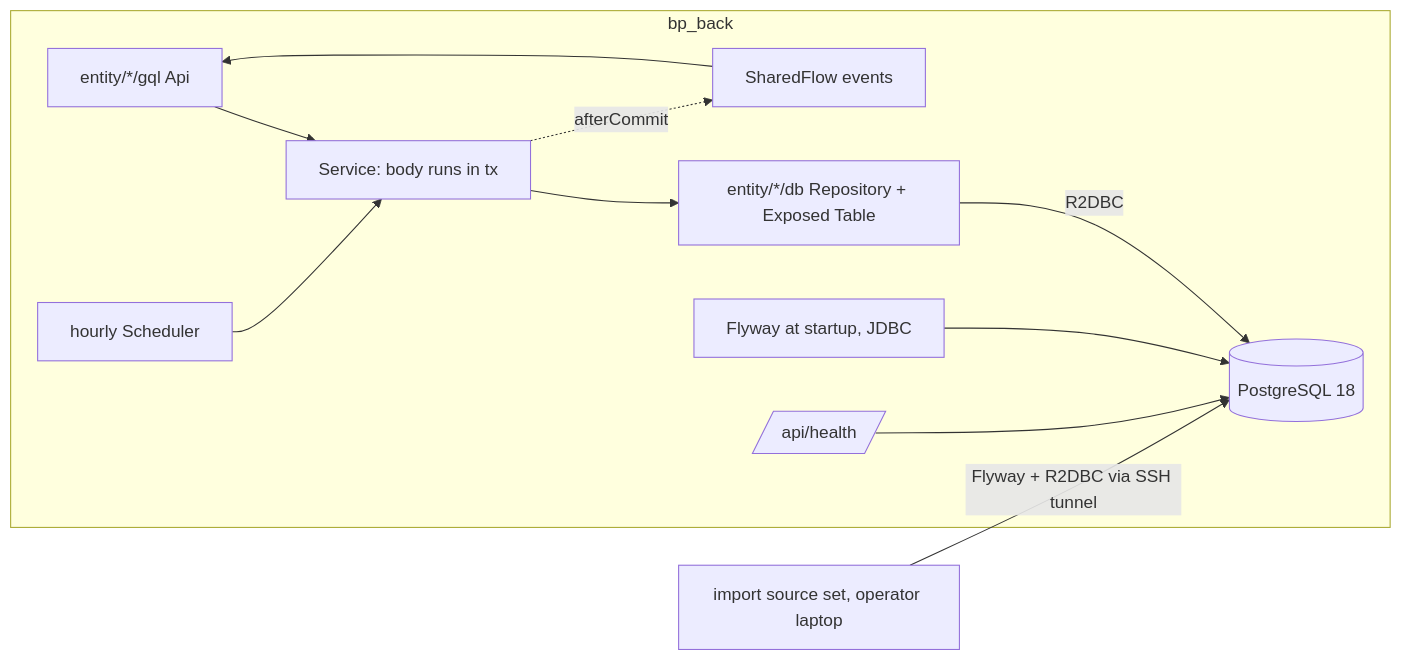
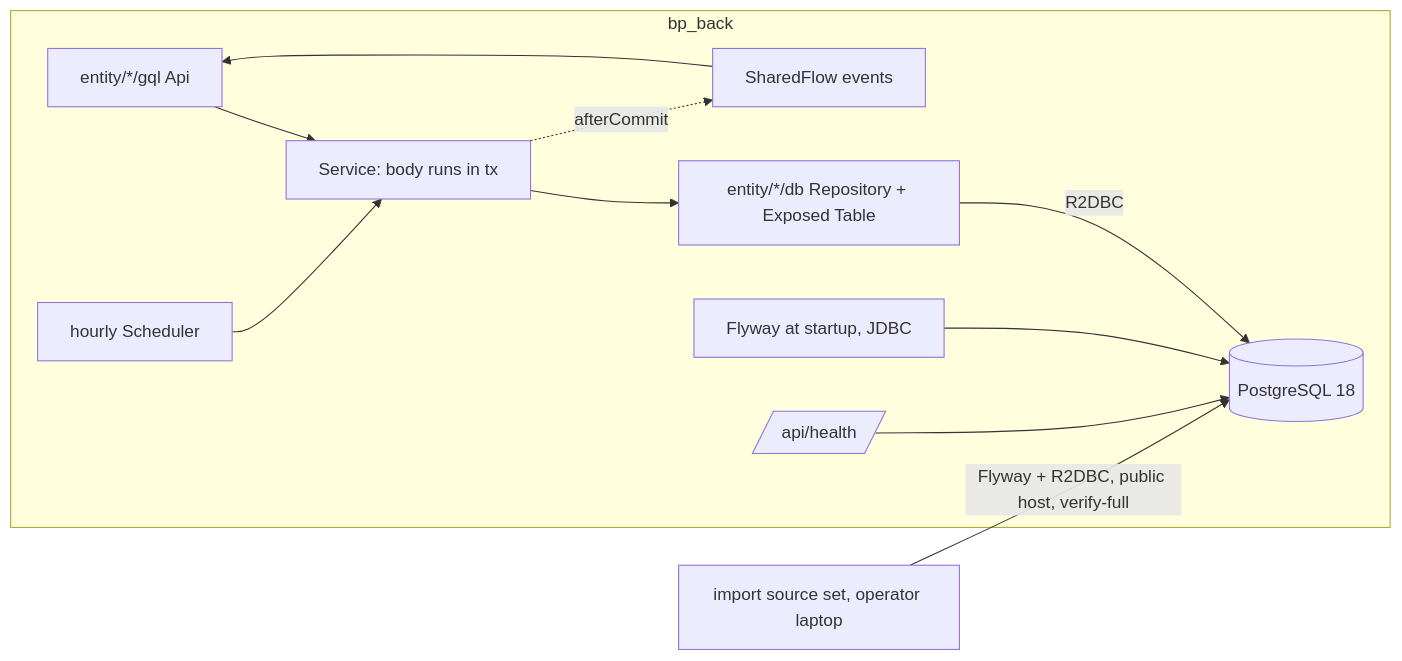
The first of 4 diagrams in _bmad-output/planning-artifacts/architecture/architecture-epic-11/ARCHITECTURE-SPINE.md (MustD/bag-please), drawn with Mermaid before and after one commit. The commit also changed other lines of this file and 14 other files, not shown here.

````diff
--- a/_bmad-output/planning-artifacts/architecture/architecture-epic-11/ARCHITECTURE-SPINE.md
+++ b/_bmad-output/planning-artifacts/architecture/architecture-epic-11/ARCHITECTURE-SPINE.md
@@ -33,14 +33,14 @@
 ```mermaid
 flowchart LR
   subgraph bp_back
     GQL[entity/*/gql Api] --> Svc[Service: body runs in tx]
     Svc --> Repo[entity/*/db Repository + Exposed Table]
     Svc -. afterCommit .-> Flow[SharedFlow events]
     Flow --> GQL
     Sched[hourly Scheduler] --> Svc
     Mig[Flyway at startup, JDBC] --> PG
     Repo -->|R2DBC| PG[(PostgreSQL 18)]
     Health[/api/health/] --> PG
   end
-  Import[import source set, operator laptop] -->|Flyway + R2DBC via SSH tunnel| PG
+  Import[import source set, operator laptop] -->|Flyway + R2DBC, public host, verify-full| PG
 ```
````
